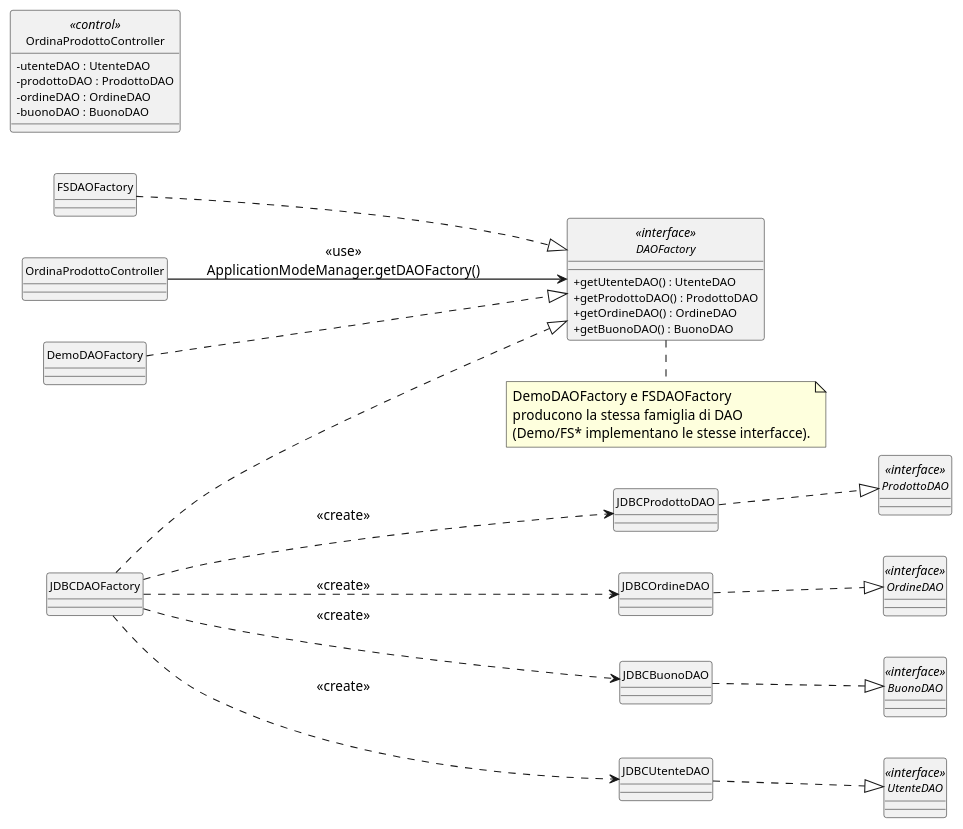
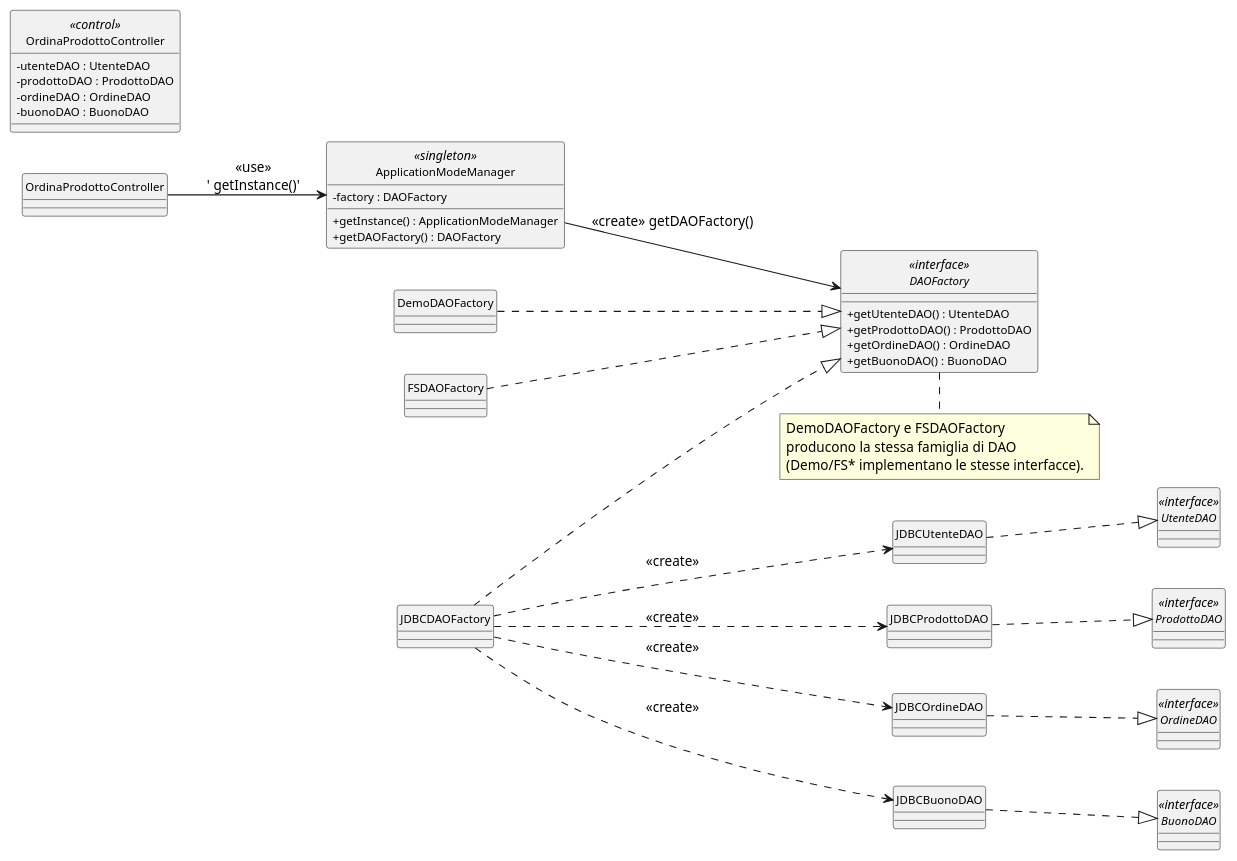
One commit to Damiano-o/test changed the diagram in docs/relazione_italiana/figures/dl_factory.puml. Above: the diagram before and after it, drawn with PlantUML. The commit also changed 3 other files, not shown here.

Commit message:
fix(docs): Abstract Factory — aggiunto ApplicationModeManager (ServiceLocator che usa la DAOFactory)

```diff
--- a/docs/relazione_italiana/figures/dl_factory.puml
+++ b/docs/relazione_italiana/figures/dl_factory.puml
@@ -1,71 +1,77 @@
 @startuml
 skinparam style strictuml
 skinparam classAttributeIconSize 0
 skinparam nodesep 40
 skinparam ranksep 50
 skinparam classFontSize 12
 skinparam classAttributeFontSize 11
 left to right direction
 
 ' ============================================================
 ' Design-level — DAO Abstract Factory (NFR-01 persistenza)
 ' Stile conciso (come progetti 30/30): factory astratta,
 ' concrete factory + interfacce DAO, frecce <<create>> esplicite.
 ' ============================================================
 
 ' ---------- Client (control) ----------
 class "OrdinaProdottoController" as CTL <<control>> {
   - utenteDAO : UtenteDAO
   - prodottoDAO : ProdottoDAO
   - ordineDAO : OrdineDAO
   - buonoDAO : BuonoDAO
 }
 
 ' ---------- Abstract Factory ----------
+class "ApplicationModeManager" <<singleton>> {
+  - factory : DAOFactory
+  + getInstance() : ApplicationModeManager
+  + getDAOFactory() : DAOFactory
+}
 interface "DAOFactory" <<interface>> {
   + getUtenteDAO() : UtenteDAO
   + getProdottoDAO() : ProdottoDAO
   + getOrdineDAO() : OrdineDAO
   + getBuonoDAO() : BuonoDAO
 }
 
 class "DemoDAOFactory"
 class "FSDAOFactory"
 class "JDBCDAOFactory"
 DemoDAOFactory ..|> DAOFactory
 FSDAOFactory  ..|> DAOFactory
 JDBCDAOFactory ..|> DAOFactory
 
 ' ---------- Abstract Products (DAO) ----------
 interface "UtenteDAO" <<interface>>
 interface "ProdottoDAO" <<interface>>
 interface "OrdineDAO" <<interface>>
 interface "BuonoDAO" <<interface>>
 
 ' ---------- Concrete Products (una famiglia esemplificativa, per concisione) ----------
 class "JDBCUtenteDAO"
 class "JDBCProdottoDAO"
 class "JDBCOrdineDAO"
 class "JDBCBuonoDAO"
 JDBCUtenteDAO ..|> UtenteDAO
 JDBCProdottoDAO ..|> ProdottoDAO
 JDBCOrdineDAO ..|> OrdineDAO
 JDBCBuonoDAO ..|> BuonoDAO
 
 ' ---------- relazioni: controller -> factory -> prodotti ----------
-OrdinaProdottoController --> DAOFactory : <<use>>\nApplicationModeManager.getDAOFactory()
+OrdinaProdottoController --> ApplicationModeManager : <<use>>\n' getInstance()'
+ApplicationModeManager --> DAOFactory : <<create>> getDAOFactory()
 JDBCDAOFactory ..> JDBCUtenteDAO : <<create>>
 JDBCDAOFactory ..> JDBCProdottoDAO : <<create>>
 JDBCDAOFactory ..> JDBCOrdineDAO : <<create>>
 JDBCDAOFactory ..> JDBCBuonoDAO : <<create>>
 
 ' i DAO concrete per le altre famiglie sono omessi per concisione
 ' (stessa struttura di JDBC)
 
 note bottom of DAOFactory
   DemoDAOFactory e FSDAOFactory
   producono la stessa famiglia di DAO
   (Demo/FS* implementano le stesse interfacce).
 end note
 
 @enduml
```
